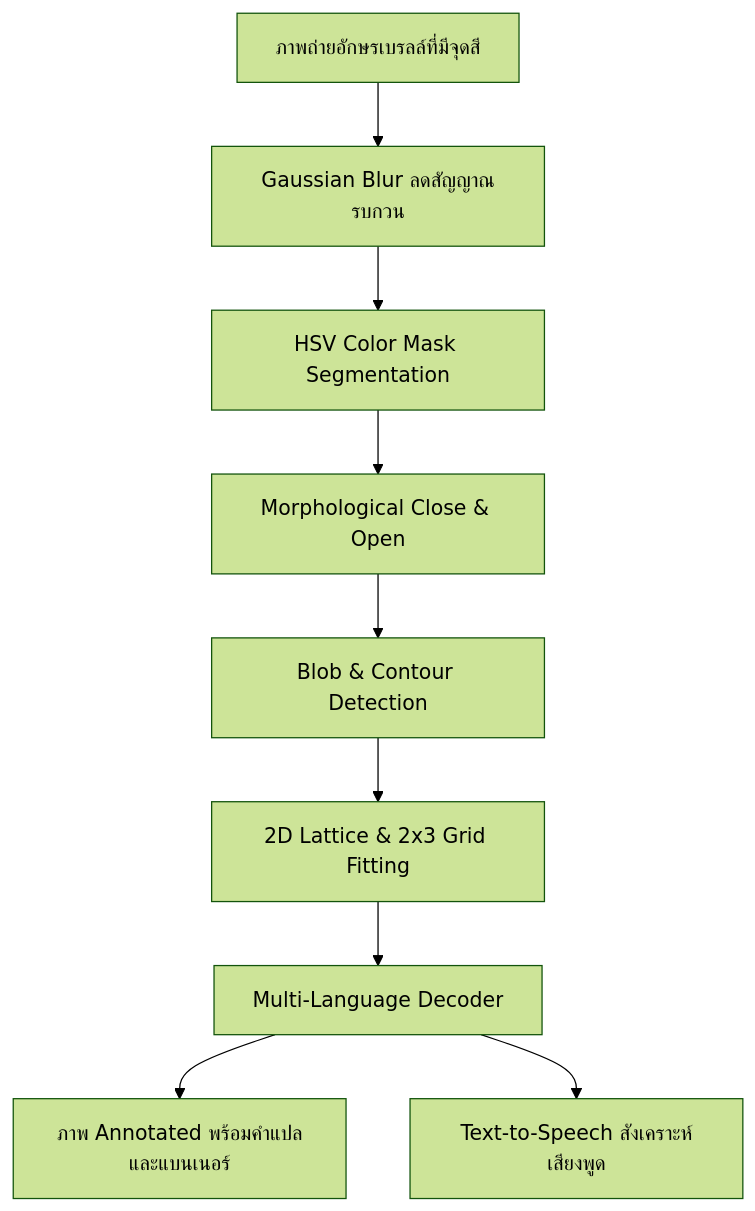
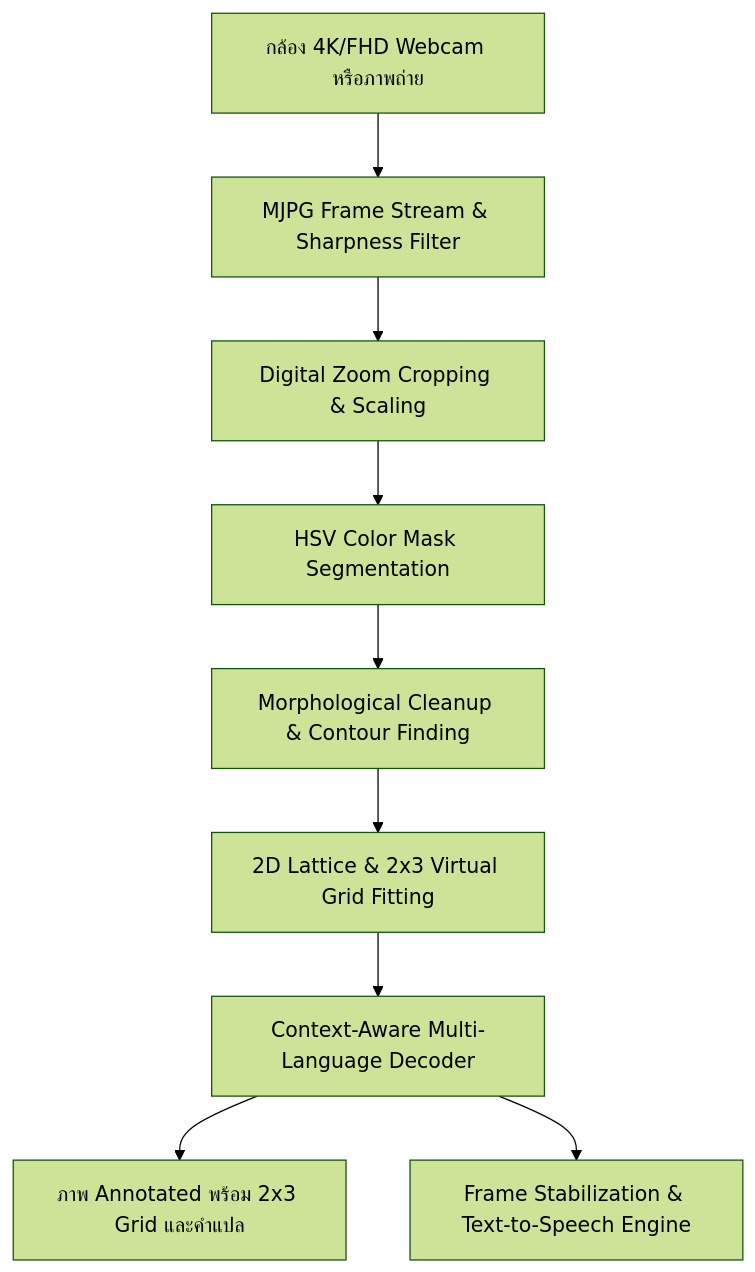
Before and after one commit to Bobangely/Braille-to-Speech-Scanner: the diagram in README.md, drawn with Mermaid (forest theme). The commit also changed other lines of this file and 44 other files, not shown here.

````diff
--- a/README.md
+++ b/README.md
@@ -89,11 +119,11 @@
 ```mermaid
 graph TD
-    A[ภาพถ่ายอักษรเบรลล์ที่มีจุดสี] --> B[Gaussian Blur ลดสัญญาณรบกวน]
-    B --> C[HSV Color Mask Segmentation]
-    C --> D[Morphological Close & Open]
-    D --> E[Blob & Contour Detection]
-    E --> F[2D Lattice & 2x3 Grid Fitting]
-    F --> G[Multi-Language Decoder]
-    G --> H[ภาพ Annotated พร้อมคำแปลและแบนเนอร์]
-    G --> I[Text-to-Speech สังเคราะห์เสียงพูด]
+    A[กล้อง 4K/FHD Webcam หรือภาพถ่าย] --> B[MJPG Frame Stream & Sharpness Filter]
+    B --> C[Digital Zoom Cropping & Scaling]
+    C --> D[HSV Color Mask Segmentation]
+    D --> E[Morphological Cleanup & Contour Finding]
+    E --> F[2D Lattice & 2x3 Virtual Grid Fitting]
+    F --> G[Context-Aware Multi-Language Decoder]
+    G --> H[ภาพ Annotated พร้อม 2x3 Grid และคำแปล]
+    G --> I[Frame Stabilization & Text-to-Speech Engine]
 ```
````
